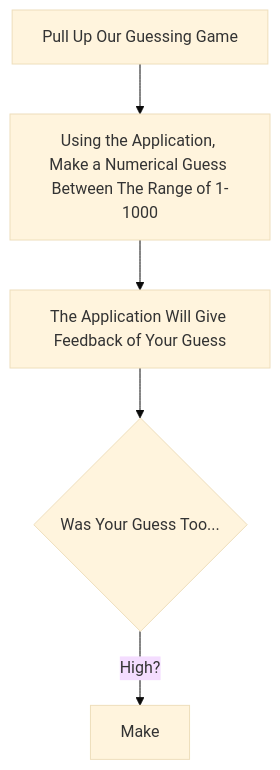
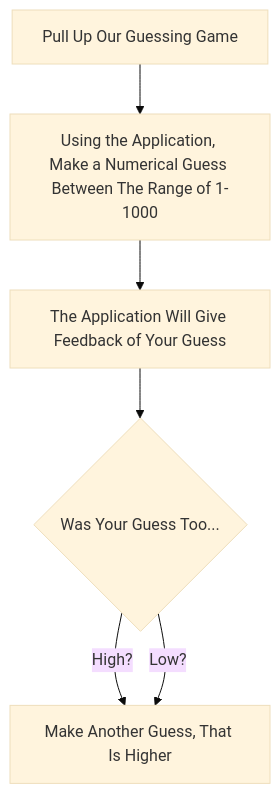
One commit to isagar930/isagar930.github.io changed the diagram in README.md. Above: the diagram before and after it, drawn with Mermaid (base theme).

````diff
--- a/README.md
+++ b/README.md
@@ -21,6 +21,7 @@
 ```mermaid
 flowchart TD
 A[Pull Up Our Guessing Game] --> B[Using the Application, Make a Numerical Guess Between The Range of 1-1000] --> C[The Application Will Give Feedback of Your Guess]
 --> D{Was Your Guess Too...}
-D --> |High?| E[Make]
+D --> |High?| E[Make Another Guess, That Is Lower]
+D --> |Low?| E[Make Another Guess, That Is Higher]
 ```
````
